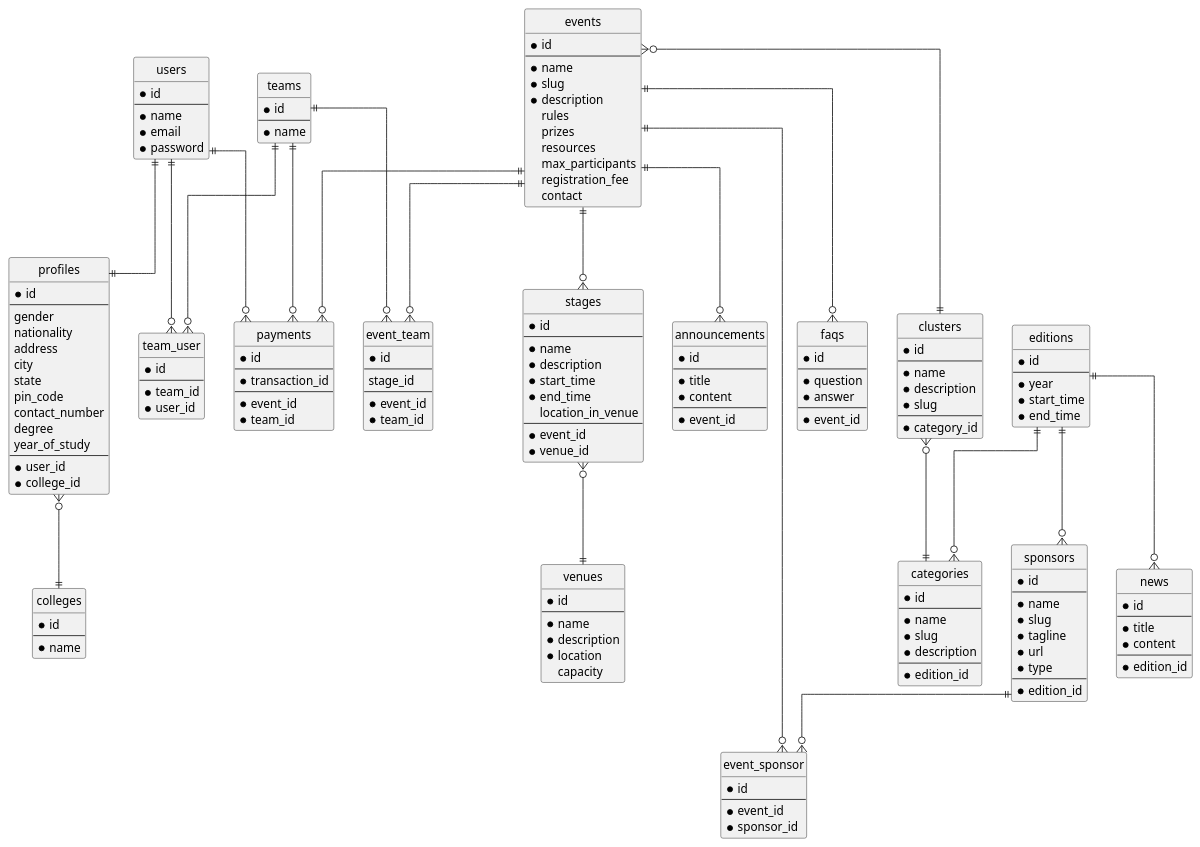
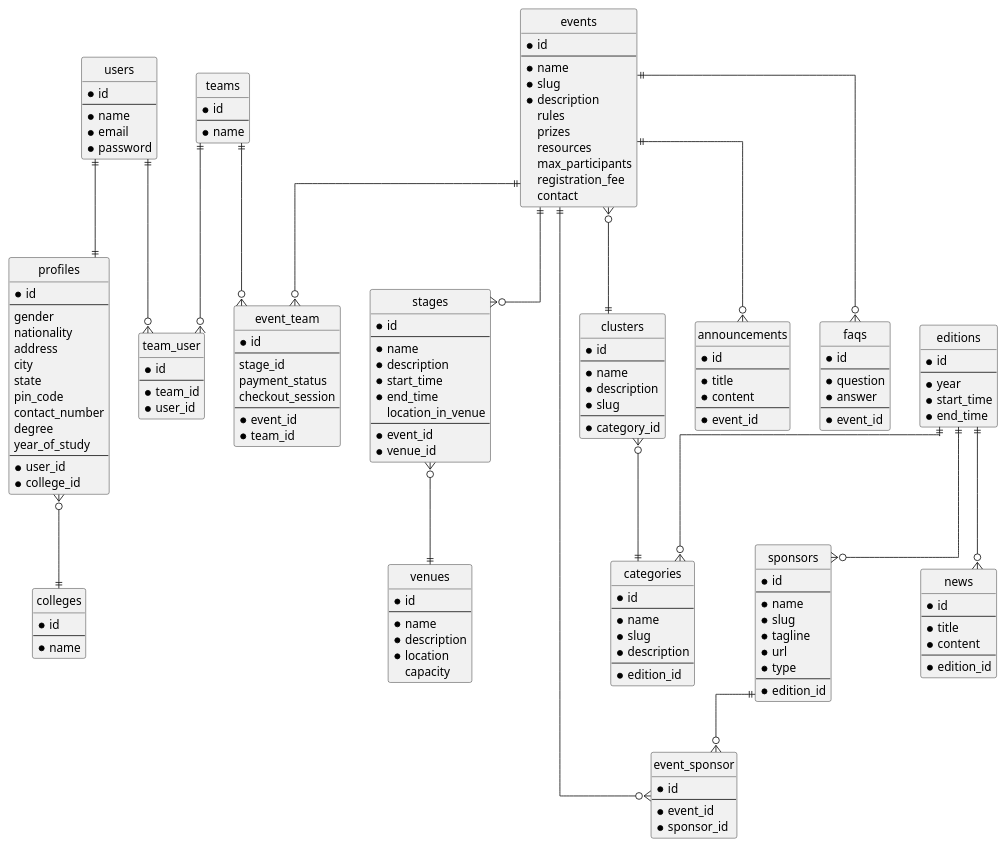
The diagram in docs/design/db.puml (CaptainIRS/ezEMS), drawn with PlantUML before and after one commit. The commit also changed 70 other files, not shown here.

```diff
--- a/docs/design/db.puml
+++ b/docs/design/db.puml
@@ -137,15 +137,6 @@
     capacity
 }
 
-entity payments {
-    * id
-    --
-    * transaction_id
-    --
-    * event_id
-    * team_id
-}
-
 entity teams {
     * id
     --
@@ -163,6 +154,8 @@
     * id
     --
     stage_id
+    payment_status
+    checkout_session
     --
     * event_id
     * team_id
@@ -183,16 +176,13 @@
 events          ||--o{      stages
 events          }o--||      clusters
 clusters        }o--||      categories
-events          ||--o{      payments
 events          ||--o{      event_sponsor
 sponsors        ||--o{      event_sponsor
 events          ||--o{      event_team
 teams           ||--o{      event_team
 events          ||--o{      announcements
 editions        ||--o{      news
-users           ||--o{      payments
 stages          }o--||      venues
-teams           ||--o{      payments
 teams           ||--o{      team_user
 users           ||--o{      team_user
 users           ||--||      profiles
```
